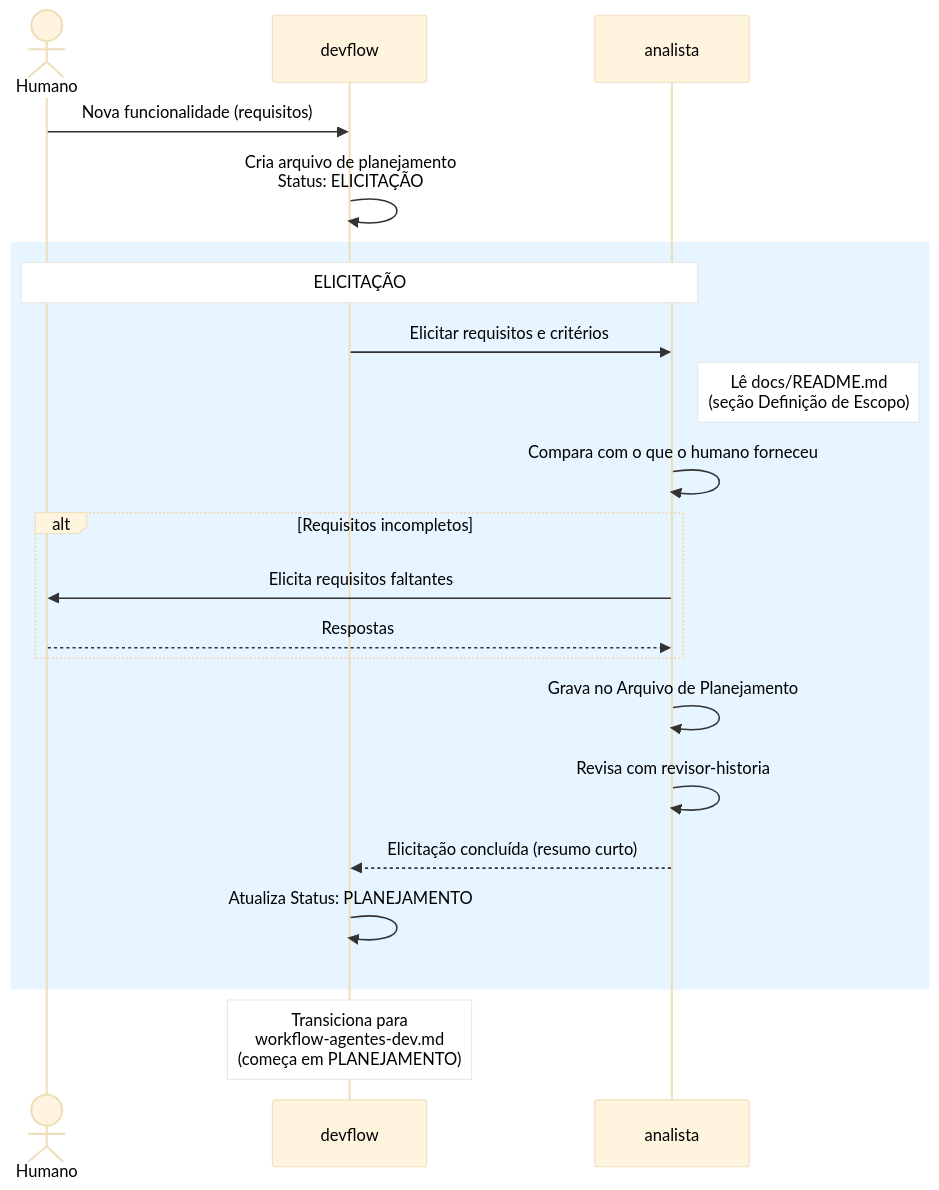
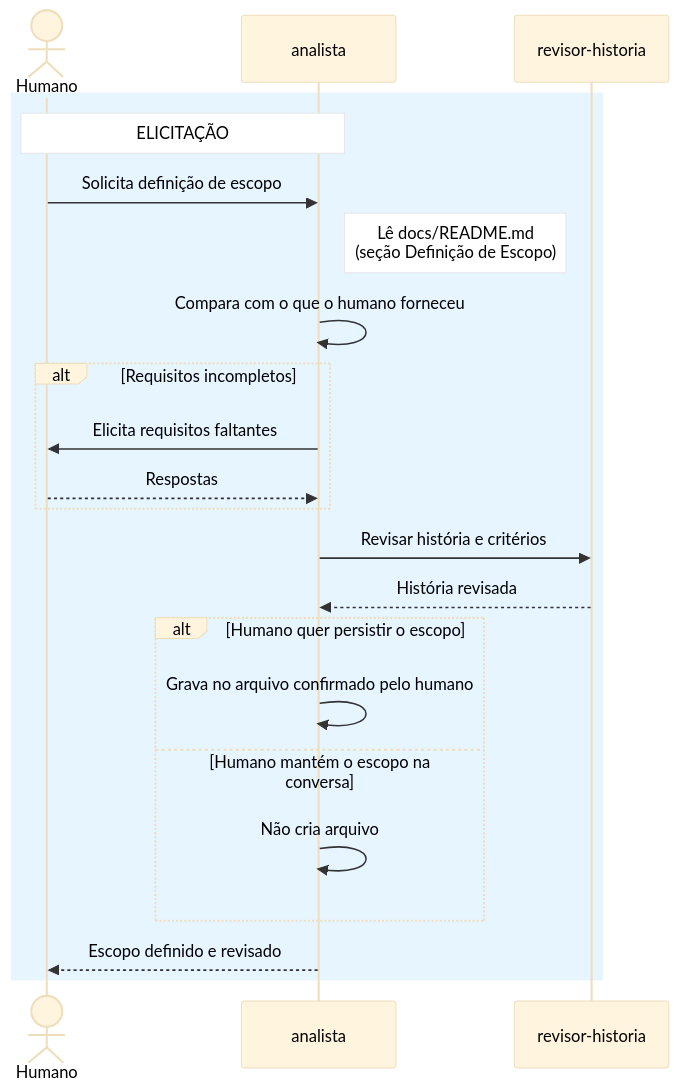
The diagram in docs/workflow-definicao-escopo.md (vitormcruz/opencode-global-config), drawn with Mermaid before and after one commit. The commit also changed other lines of this file and 5 other files, not shown here.

Commit message:
docs(workflow): separar escopo da criação do plano

````diff
--- a/docs/workflow-definicao-escopo.md
+++ b/docs/workflow-definicao-escopo.md
@@ -70,45 +60,41 @@
 ```mermaid
 %%{init: {'theme': 'base', 'themeVariables': {
     'actorTextColor': '#000000',
     'signalTextColor': '#000000',
     'labelTextColor': '#000000',
     'noteBkgColor': '#ffffff',
     'noteTextColor': '#000000',
     'activationBorderColor': '#666666',
     'sequenceNumberColor': '#000000'
 }}}%%
 sequenceDiagram
     actor Humano
-    participant devflow as devflow
     participant ana as analista
+    participant rev as revisor-historia
 
-    %% ── INÍCIO ──────────────────────────────
-    Humano ->> devflow: Nova funcionalidade (requisitos)
-    devflow ->> devflow: Cria arquivo de planejamento<br/>Status: ELICITAÇÃO
-
-    %% ── ELICITAÇÃO ───────────────────────────
     rect rgb(230, 245, 255)
     Note over Humano, ana: ELICITAÇÃO
 
-    devflow ->> ana: Elicitar requisitos e critérios
+    Humano ->> ana: Solicita definição de escopo
     Note right of ana: Lê docs/README.md<br/>(seção Definição de Escopo)
 
     ana ->> ana: Compara com o que o humano forneceu
 
     alt Requisitos incompletos
         ana ->> Humano: Elicita requisitos faltantes
         Humano -->> ana: Respostas
     end
 
-    ana ->> ana: Grava no Arquivo de Planejamento
-    ana ->> ana: Revisa com revisor-historia
+    ana ->> rev: Revisar história e critérios
+    rev -->> ana: História revisada
 
-    ana -->> devflow: Elicitação concluída (resumo curto)
+    alt Humano quer persistir o escopo
+        ana ->> ana: Grava no arquivo confirmado pelo humano
+    else Humano mantém o escopo na conversa
+        ana ->> ana: Não cria arquivo
+    end
 
-    devflow ->> devflow: Atualiza Status: PLANEJAMENTO
+    ana -->> Humano: Escopo definido e revisado
 
     end
-
-    %% ── TRANSIÇÃO ────────────────────────────
-    Note over devflow: Transiciona para<br/>workflow-agentes-dev.md<br/>(começa em PLANEJAMENTO)
 ```
````
